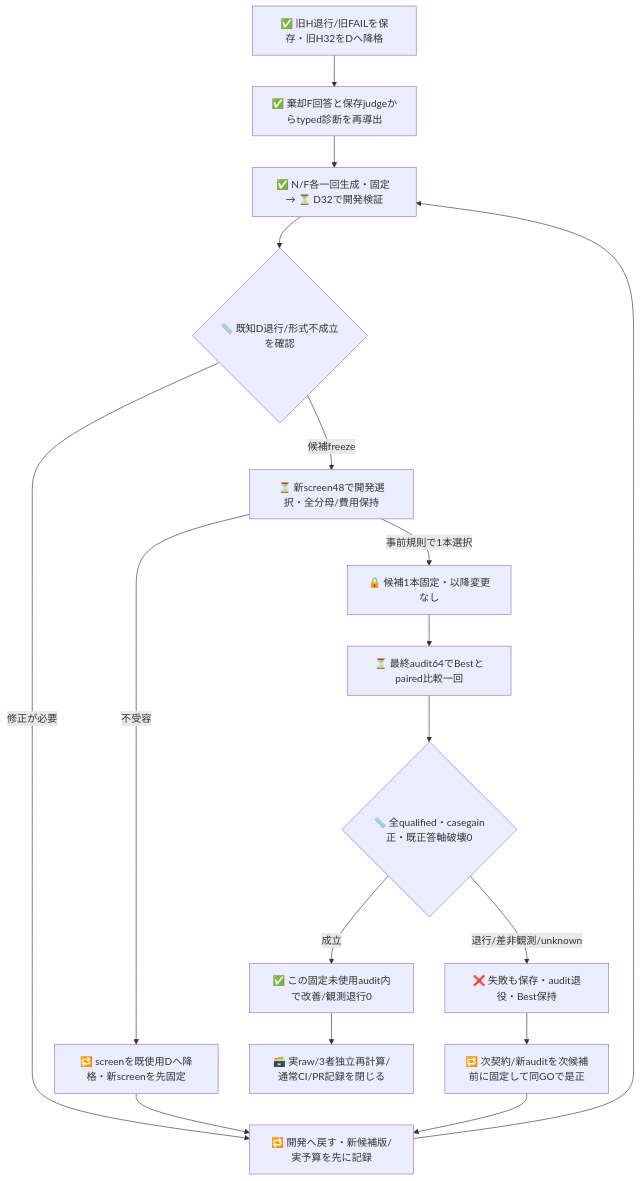
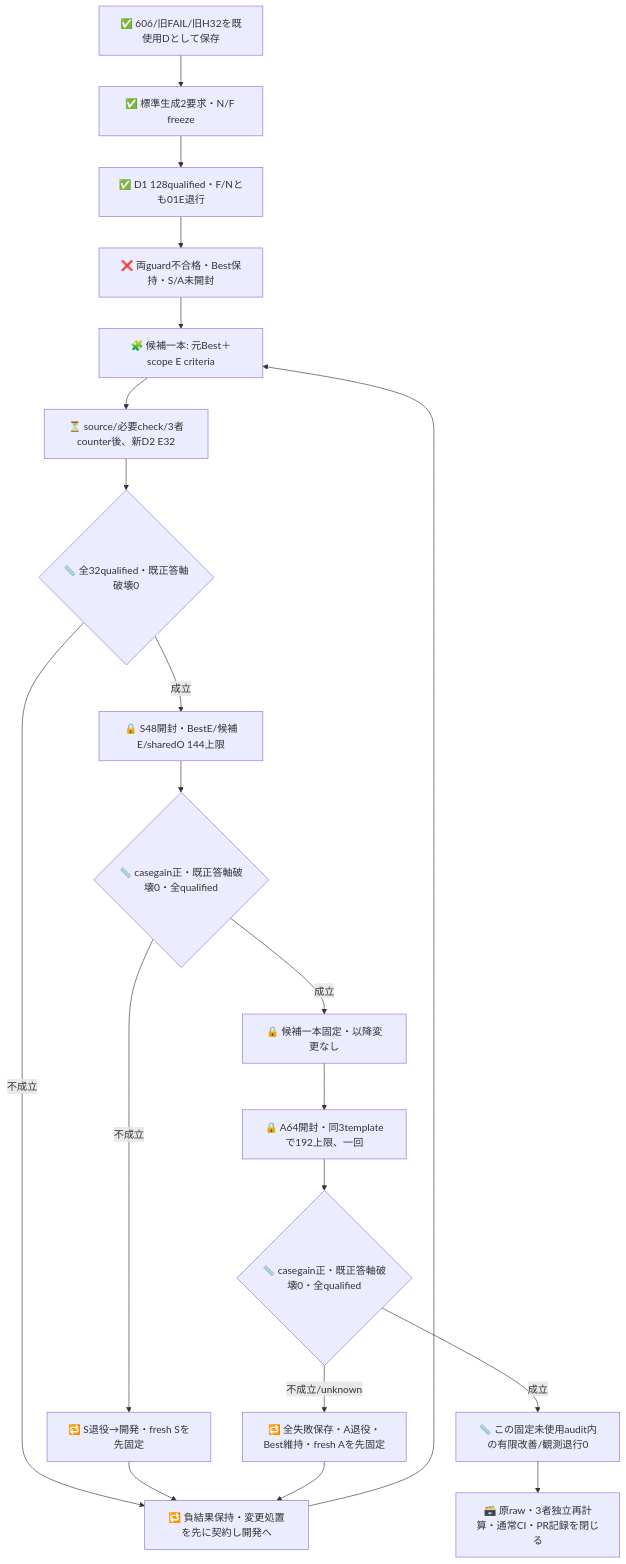
The second of 2 diagrams in experiments/sys1-eval-loop/regression/README.md (roccho-org/ops), drawn with Mermaid before and after one commit. The commit also changed other lines of this file and 20 other files, not shown here.

Commit message:
Retain failed rewrites and isolate applicable-scope criteria treatment

````diff
--- a/experiments/sys1-eval-loop/regression/README.md
+++ b/experiments/sys1-eval-loop/regression/README.md
@@ -47,19 +58,22 @@
 ```mermaid
 flowchart TB
-  A["✅ 旧H退行/旧FAILを保存・旧H32をDへ降格"] --> B["✅ 棄却F回答と保存judgeからtyped診断を再導出"]
-  B --> C["✅ N/F各一回生成・固定 → ⏳ D32で開発検証"]
-  C --> D{"📏 既知D退行/形式不成立を確認"}
-  D -->|修正が必要| C2["🔁 開発へ戻す・新候補版/実予算を先に記録"]
-  C2 --> C
-  D -->|候補freeze| S["⏳ 新screen48で開発選択・全分母/費用保持"]
-  S -->|不受容| SD["🔁 screenを既使用Dへ降格・新screenを先固定"]
-  SD --> C2
-  S -->|事前規則で1本選択| F["🔒 候補1本固定・以降変更なし"]
-  F --> H["⏳ 最終audit64でBestとpaired比較一回"]
-  H --> Q{"📏 全qualified・casegain正・既正答軸破壊0"}
-  Q -->|成立| P["✅ この固定未使用audit内で改善/観測退行0"]
-  Q -->|退行/差非観測/unknown| N["❌ 失敗も保存・audit退役・Best保持"]
-  N --> X["🔁 次契約/新auditを次候補前に固定して同GOで是正"]
-  X --> C2
-  P --> Z["🗃️ 実raw/3者独立再計算/通常CI/PR記録を閉じる"]
+  A["✅ 606/旧FAIL/旧H32を既使用Dとして保存"] --> B["✅ 標準生成2要求・N/F freeze"]
+  B --> D1["✅ D1 128qualified・F/Nとも01E退行"]
+  D1 --> J1["❌ 両guard不合格・Best保持・S/A未開封"]
+  J1 --> C["🧩 候補一本: 元Best＋scope E criteria"]
+  C --> V["⏳ source/必要check/3者counter後、新D2 E32"]
+  V --> G{"📏 全32qualified・既正答軸破壊0"}
+  G -->|不成立| R["🔁 負結果保持・変更処置を先に契約し開発へ"]
+  R --> C
+  G -->|成立| S["🔒 S48開封・BestE/候補E/sharedO 144上限"]
+  S --> SG{"📏 casegain正・既正答軸破壊0・全qualified"}
+  SG -->|不成立| SD["🔁 S退役→開発・fresh Sを先固定"]
+  SD --> R
+  SG -->|成立| F["🔒 候補一本固定・以降変更なし"]
+  F --> H["🔒 A64開封・同3templateで192上限、一回"]
+  H --> Q{"📏 casegain正・既正答軸破壊0・全qualified"}
+  Q -->|成立| P["📏 この固定未使用audit内の有限改善/観測退行0"]
+  Q -->|不成立/unknown| N["🔁 全失敗保存・A退役・Best維持・fresh Aを先固定"]
+  N --> R
+  P --> Z["🗃️ 原raw・3者独立再計算・通常CI・PR記録を閉じる"]
 ```
````
